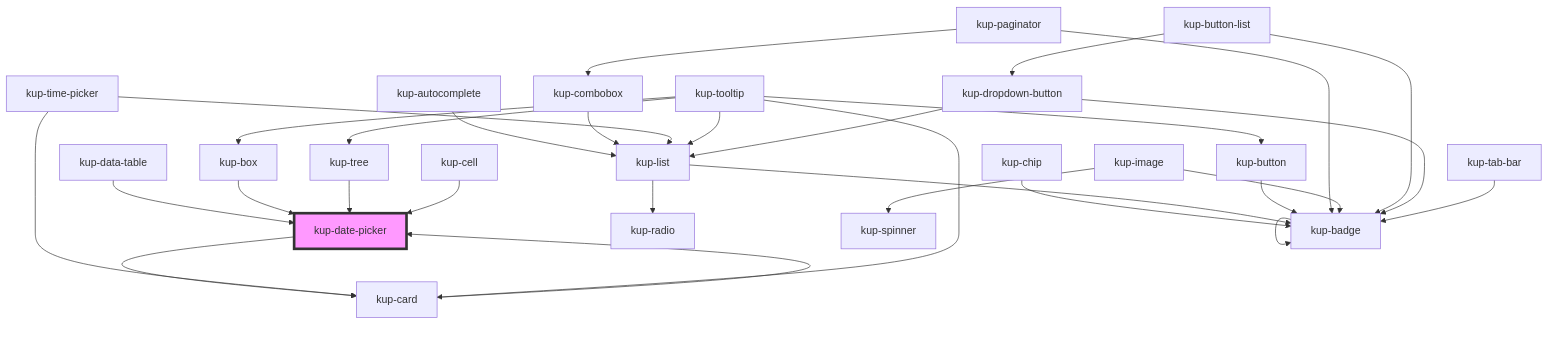
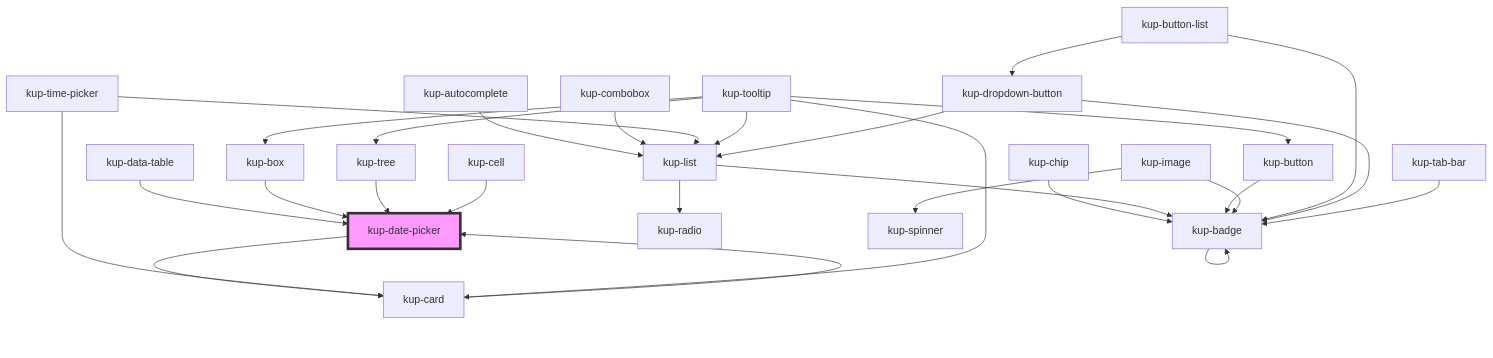
The diagram in packages/ketchup/src/components/kup-date-picker/readme.md (smeup/ketchup), drawn with Mermaid before and after one commit. The commit also changed 15 other files, not shown here.

Commit message:
kup-paginator: removed.

````diff
--- a/packages/ketchup/src/components/kup-date-picker/readme.md
+++ b/packages/ketchup/src/components/kup-date-picker/readme.md
@@ -100,33 +100,31 @@
 ```mermaid
 graph TD;
   kup-date-picker --> kup-card
   kup-card --> kup-date-picker
   kup-badge --> kup-badge
   kup-chip --> kup-badge
   kup-autocomplete --> kup-list
   kup-list --> kup-radio
   kup-list --> kup-badge
   kup-button --> kup-badge
   kup-combobox --> kup-list
   kup-time-picker --> kup-card
   kup-time-picker --> kup-list
   kup-data-table --> kup-date-picker
   kup-tooltip --> kup-button
   kup-tooltip --> kup-card
   kup-tooltip --> kup-box
   kup-tooltip --> kup-list
   kup-tooltip --> kup-tree
   kup-box --> kup-date-picker
-  kup-paginator --> kup-combobox
-  kup-paginator --> kup-badge
   kup-image --> kup-spinner
   kup-image --> kup-badge
   kup-button-list --> kup-dropdown-button
   kup-button-list --> kup-badge
   kup-dropdown-button --> kup-list
   kup-dropdown-button --> kup-badge
   kup-tree --> kup-date-picker
   kup-tab-bar --> kup-badge
   kup-cell --> kup-date-picker
   style kup-date-picker fill:#f9f,stroke:#333,stroke-width:4px
 ```
````
